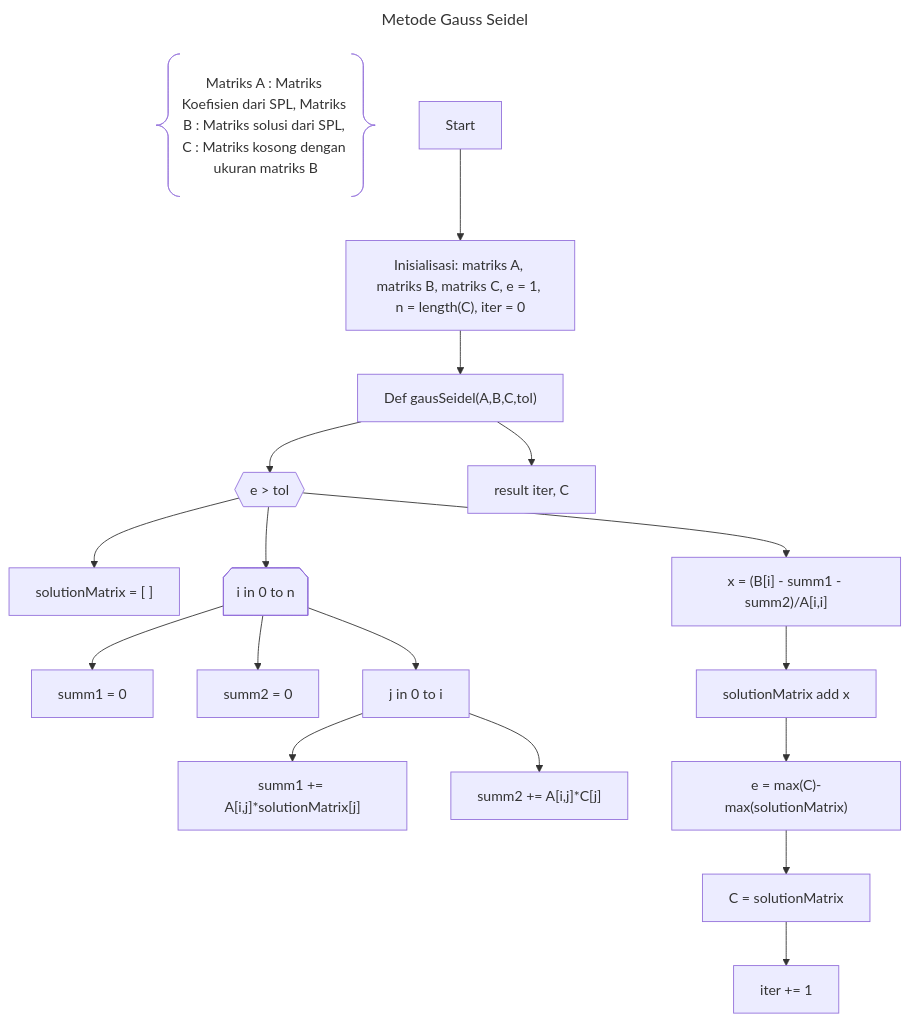
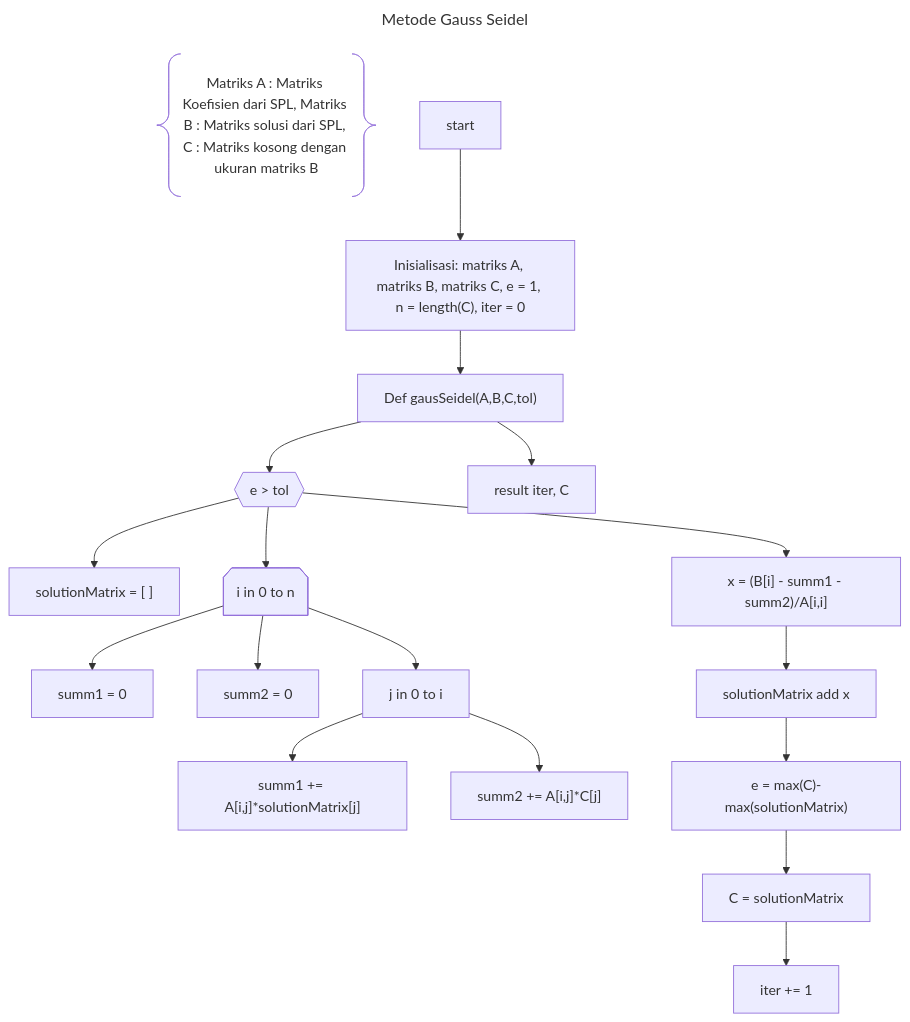
Before and after one commit to aslabkomfis/Komputasi-Numerik-24-25: the diagram in Modul-3/metode-gauss-seidel.mmd, drawn with Mermaid.

```diff
--- a/Modul-3/metode-gauss-seidel.mmd
+++ b/Modul-3/metode-gauss-seidel.mmd
@@ -1,22 +1,22 @@
 ---
 title: Metode Gauss Seidel
 ---
 
-flowchart TD
+flowchart TD;
     Z@{ shape: braces, label: "Matriks A : Matriks Koefisien dari SPL, Matriks B : Matriks solusi dari SPL, C : Matriks kosong dengan ukuran matriks B" } 
-    A[Start] --> B["Inisialisasi: matriks A, matriks B, matriks C, e = 1, n = length(C), iter = 0"] 
+    A[start] --> B["Inisialisasi: matriks A, matriks B, matriks C, e = 1, n = length(C), iter = 0"] 
     B --> X["Def gausSeidel(A,B,C,tol)"]
     X --> C{{"e > tol"}}
     C --> D["solutionMatrix = [ ]"]
     C --> E@{shape: notch-pent, label: "i in 0 to n"}
     E --> F["summ1 = 0"]
     E --> G["summ2 = 0"]
     E --> H["j in 0 to i"]
     H --> I["summ1 += A[i,j]*solutionMatrix[j]"]
     H --> K["summ2 += A[i,j]*C[j]"]
     C --> L["x = (B[i] - summ1 - summ2)/A[i,i]"]
     L --> M["solutionMatrix add x"]
     M --> N["e = max(C)-max(solutionMatrix)"]
     N --> P["C = solutionMatrix"]
     P --> Q["iter += 1"]
     X --> R["result iter, C"]
```
